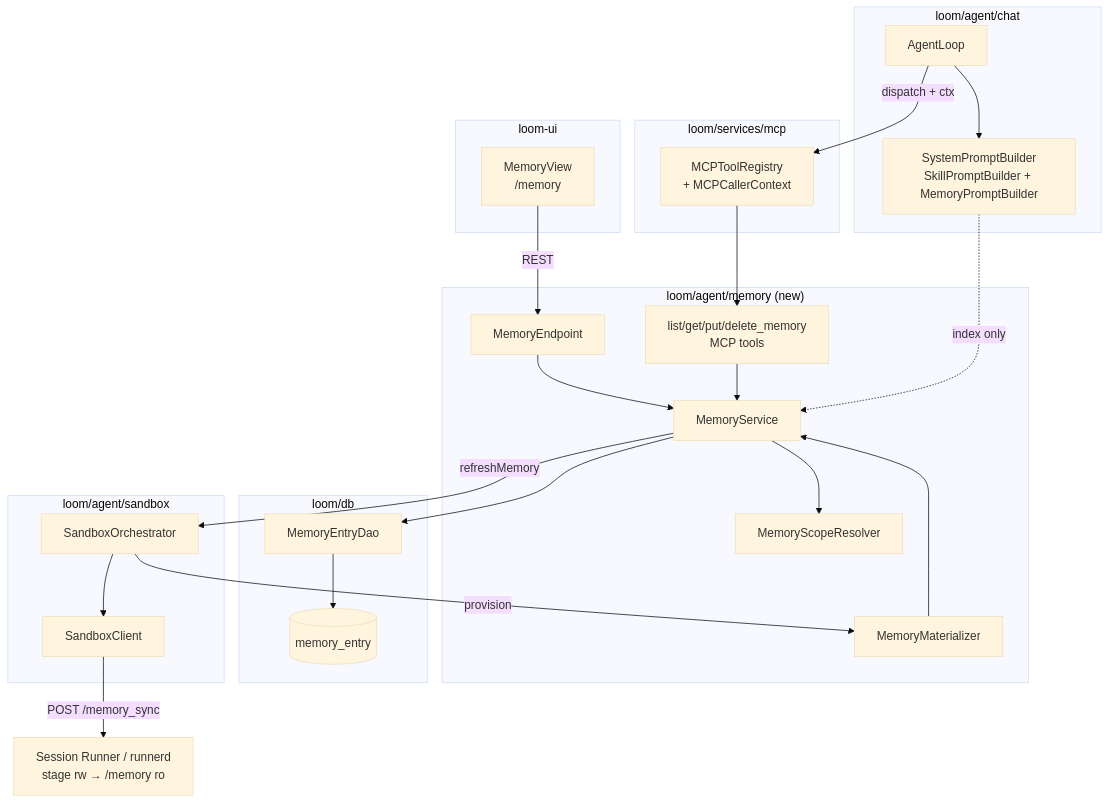
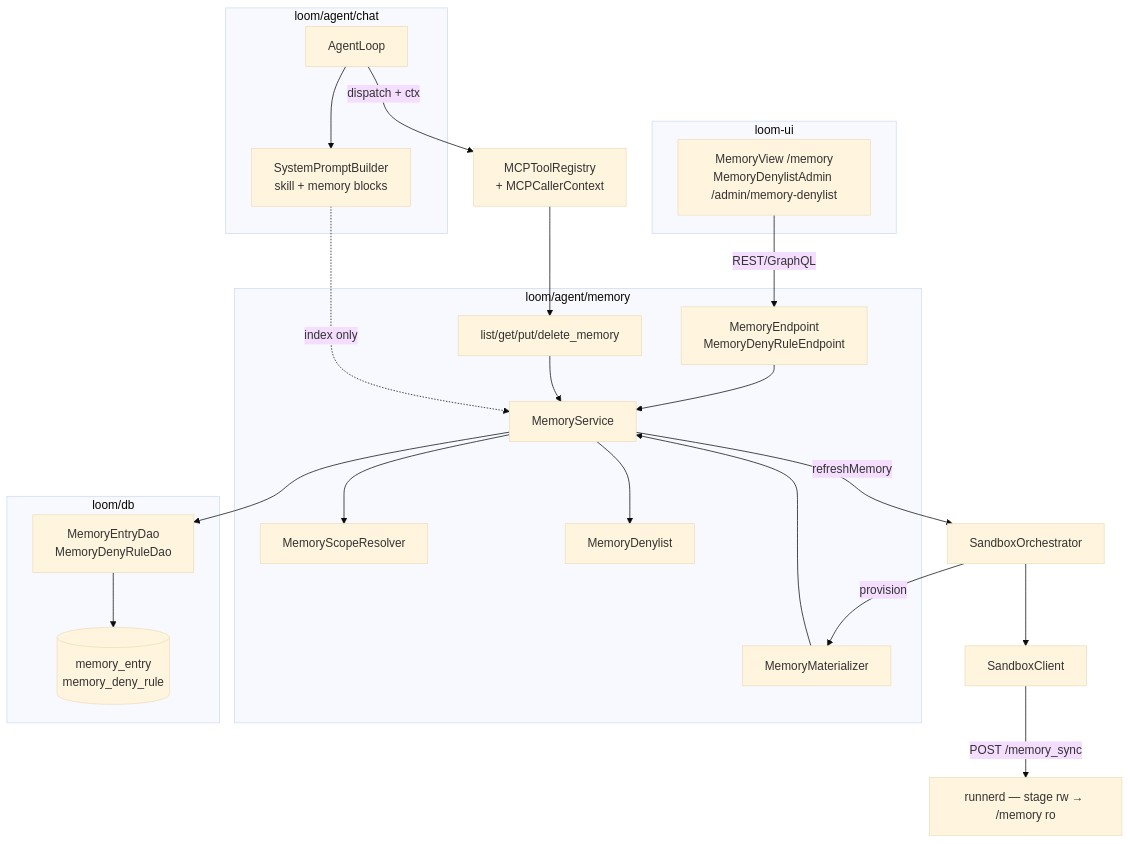
Before and after one commit to metaloom/metaloom: the diagram in spec/features/chat/CHAT_MEMORY_PLAN.md, drawn with Mermaid (base theme). The commit also changed other lines of this file and 53 other files, not shown here.

````diff
--- a/spec/features/chat/CHAT_MEMORY_PLAN.md
+++ b/spec/features/chat/CHAT_MEMORY_PLAN.md
@@ -48,39 +28,34 @@
 ```mermaid
 graph TB
     subgraph loom-ui
-        MV[MemoryView<br/>/memory]
+        MV[MemoryView /memory<br/>MemoryDenylistAdmin /admin/memory-denylist]
     end
     subgraph "loom/agent/chat"
-        AL[AgentLoop]
-        SPB[SystemPromptBuilder<br/>SkillPromptBuilder + MemoryPromptBuilder]
+        AL[AgentLoop] --> SPB[SystemPromptBuilder<br/>skill + memory blocks]
     end
-    subgraph "loom/agent/memory (new)"
+    subgraph "loom/agent/memory"
         MS[MemoryService]
         MSR[MemoryScopeResolver]
+        MDL[MemoryDenylist]
         MM[MemoryMaterializer]
-        MT[list/get/put/delete_memory<br/>MCP tools]
-        ME[MemoryEndpoint]
+        MT[list/get/put/delete_memory]
+        ME[MemoryEndpoint<br/>MemoryDenyRuleEndpoint]
     end
-    subgraph "loom/services/mcp"
-        REG[MCPToolRegistry<br/>+ MCPCallerContext]
+    REG[MCPToolRegistry<br/>+ MCPCallerContext]
+    subgraph "loom/db"
+        DAO[MemoryEntryDao<br/>MemoryDenyRuleDao]
+        TBL[("memory_entry<br/>memory_deny_rule")]
     end
-    subgraph "loom/db"
-        DAO[MemoryEntryDao]
-        TBL[("memory_entry")]
-    end
-    subgraph "loom/agent/sandbox"
-        SO[SandboxOrchestrator]
-        SC[SandboxClient]
-    end
-    RUN["Session Runner / runnerd<br/>stage rw → /memory ro"]
+    SO[SandboxOrchestrator] --> SC[SandboxClient]
+    RUN["runnerd — stage rw → /memory ro"]
 
-    MV -->|REST| ME --> MS
-    AL --> SPB
+    MV -->|REST/GraphQL| ME --> MS
     AL -->|dispatch + ctx| REG --> MT --> MS
     MS --> DAO --> TBL
     MS --> MSR
+    MS --> MDL
     MS -->|refreshMemory| SO
     SO -->|provision| MM --> MS
-    SO --> SC -->|POST /memory_sync| RUN
+    SC -->|POST /memory_sync| RUN
     SPB -.->|index only| MS
 ```
````
